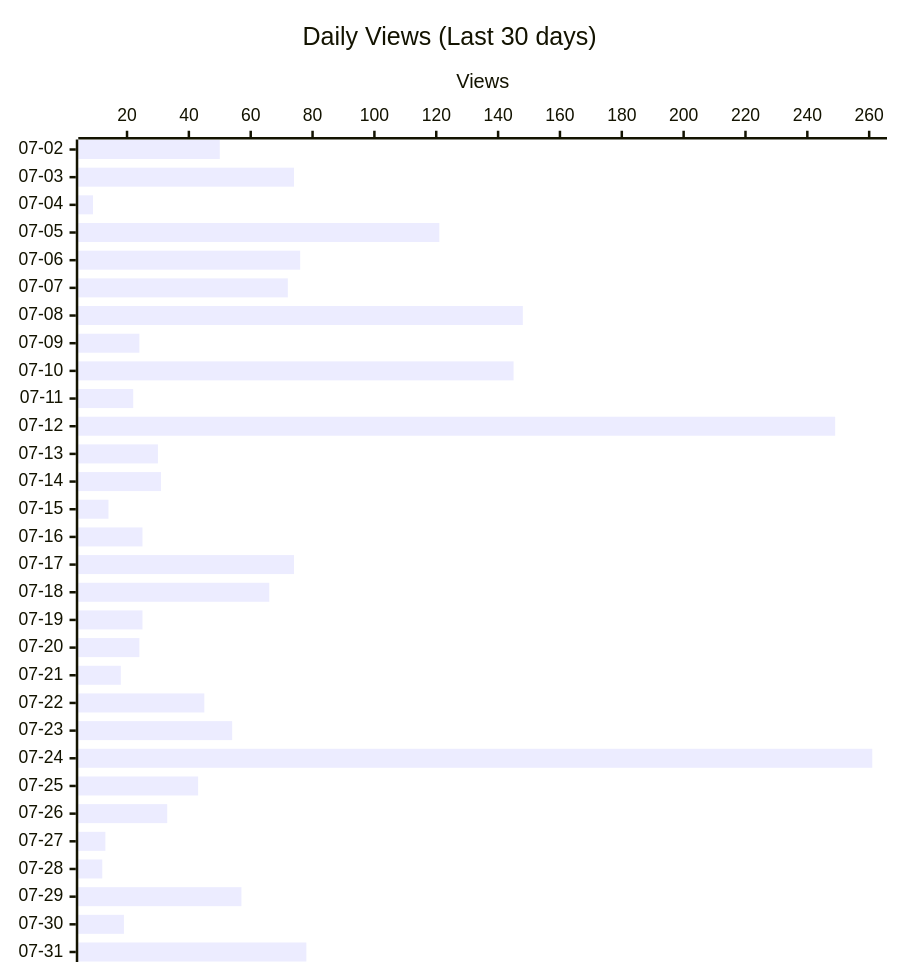
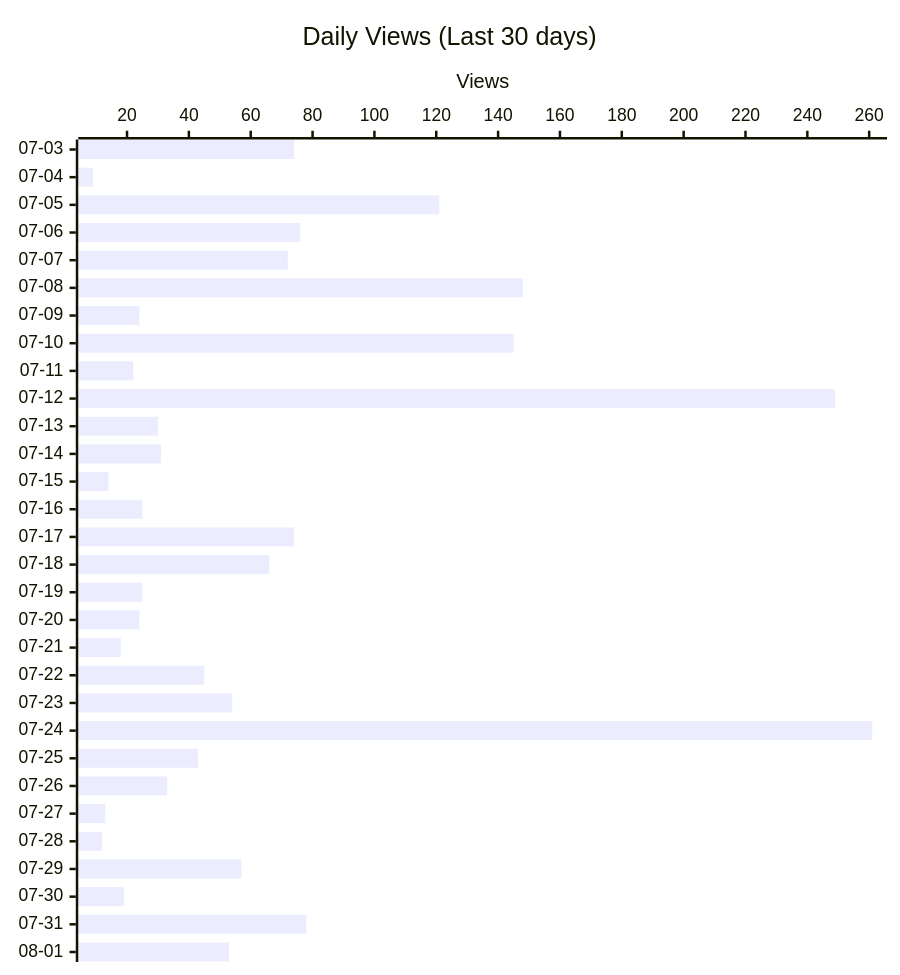
One commit to shigechika/github-insights changed the second of 4 diagrams in README.md. Above: the diagram before and after it, drawn with Mermaid. The commit also changed other lines of this file and 2 other files, not shown here.

````diff
--- a/README.md
+++ b/README.md
@@ -28,12 +28,12 @@
 ```mermaid
 ---
 config:
   xyChart:
     height: 760
 ---
 xychart-beta horizontal
     title "Daily Views (Last 30 days)"
-    x-axis ["07-02", "07-03", "07-04", "07-05", "07-06", "07-07", "07-08", "07-09", "07-10", "07-11", "07-12", "07-13", "07-14", "07-15", "07-16", "07-17", "07-18", "07-19", "07-20", "07-21", "07-22", "07-23", "07-24", "07-25", "07-26", "07-27", "07-28", "07-29", "07-30", "07-31"]
+    x-axis ["07-03", "07-04", "07-05", "07-06", "07-07", "07-08", "07-09", "07-10", "07-11", "07-12", "07-13", "07-14", "07-15", "07-16", "07-17", "07-18", "07-19", "07-20", "07-21", "07-22", "07-23", "07-24", "07-25", "07-26", "07-27", "07-28", "07-29", "07-30", "07-31", "08-01"]
     y-axis "Views"
-    bar [50, 74, 9, 121, 76, 72, 148, 24, 145, 22, 249, 30, 31, 14, 25, 74, 66, 25, 24, 18, 45, 54, 261, 43, 33, 13, 12, 57, 19, 78]
+    bar [74, 9, 121, 76, 72, 148, 24, 145, 22, 249, 30, 31, 14, 25, 74, 66, 25, 24, 18, 45, 54, 261, 43, 33, 13, 12, 57, 19, 78, 53]
 ```
````
